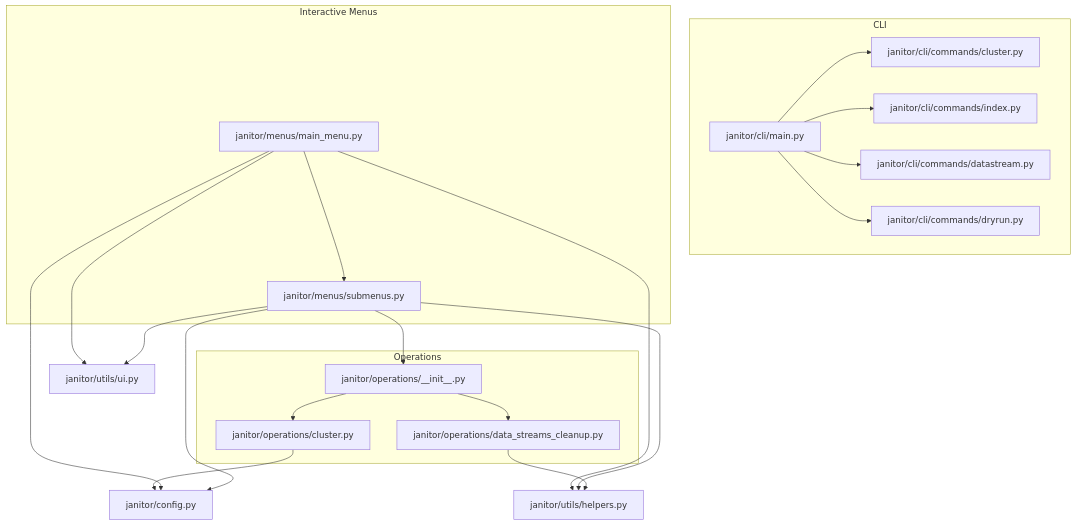
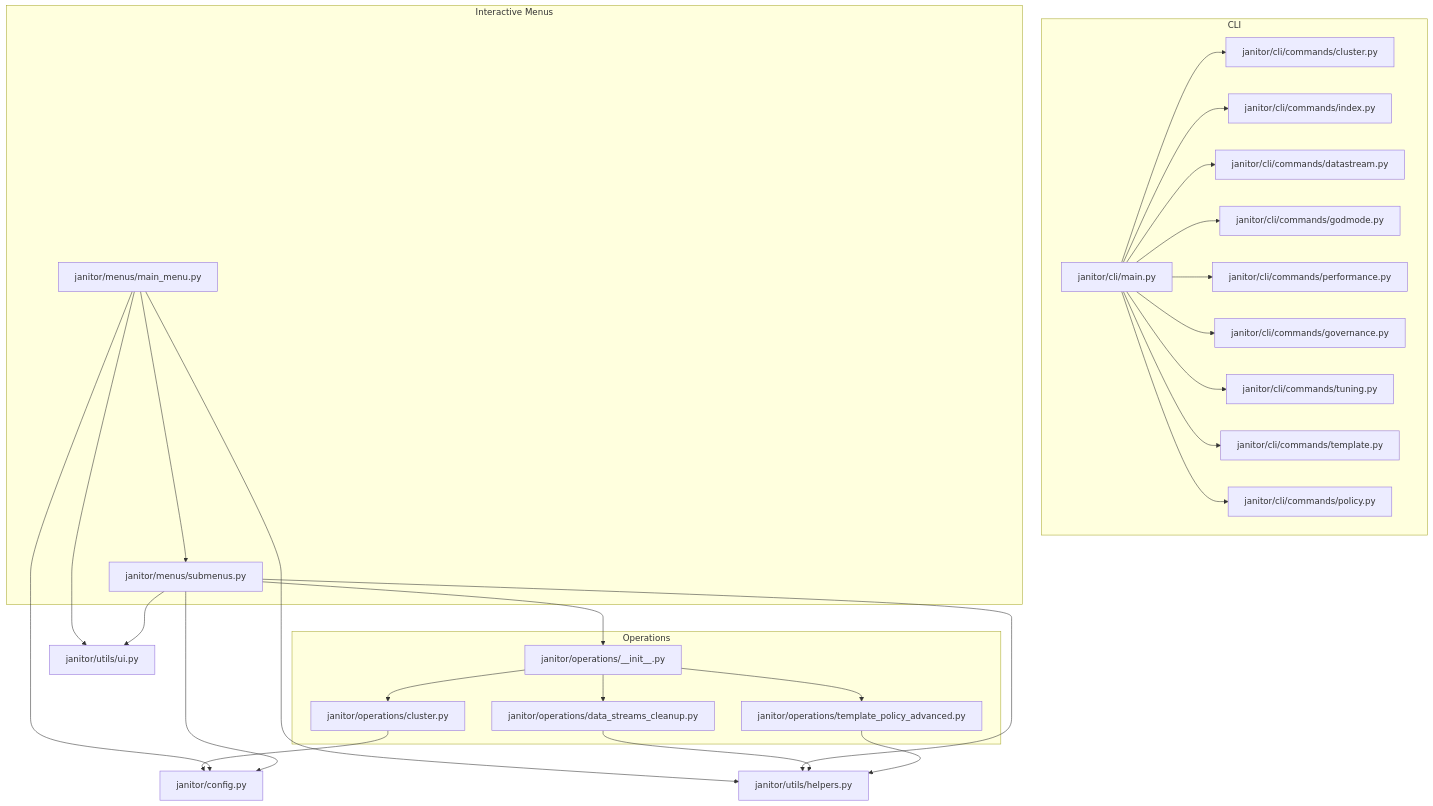
One commit to austinsonger/elastic-janitor changed the first of 7 diagrams in .qoder/repowiki/en/content/User Interface Guide/User Interface Guide.md. Above: the diagram before and after it, drawn with Mermaid. The commit also changed other lines of this file and 51 other files, not shown here.

````diff
--- a/.qoder/repowiki/en/content/User Interface Guide/User Interface Guide.md
+++ b/.qoder/repowiki/en/content/User Interface Guide/User Interface Guide.md
@@ -51,38 +57,51 @@
 ```mermaid
 graph TB
 subgraph "CLI"
 CLI_Main["janitor/cli/main.py"]
 CLI_Cluster["janitor/cli/commands/cluster.py"]
 CLI_Index["janitor/cli/commands/index.py"]
 CLI_Datastream["janitor/cli/commands/datastream.py"]
-CLI_Dryrun["janitor/cli/commands/dryrun.py"]
+CLI_Godmode["janitor/cli/commands/godmode.py"]
+CLI_Perf["janitor/cli/commands/performance.py"]
+CLI_Governance["janitor/cli/commands/governance.py"]
+CLI_Tuning["janitor/cli/commands/tuning.py"]
+CLI_Template["janitor/cli/commands/template.py"]
+CLI_Policy["janitor/cli/commands/policy.py"]
 end
 subgraph "Interactive Menus"
 MM["janitor/menus/main_menu.py"]
 SM["janitor/menus/submenus.py"]
 end
 subgraph "Operations"
 Ops_Init["janitor/operations/__init__.py"]
 Ops_Cluster["janitor/operations/cluster.py"]
 Ops_DS_Clean["janitor/operations/data_streams_cleanup.py"]
+Ops_Template_Policy["janitor/operations/template_policy_advanced.py"]
 end
 UI_Utils["janitor/utils/ui.py"]
 Helpers["janitor/utils/helpers.py"]
 Config["janitor/config.py"]
 CLI_Main --> CLI_Cluster
 CLI_Main --> CLI_Index
 CLI_Main --> CLI_Datastream
-CLI_Main --> CLI_Dryrun
+CLI_Main --> CLI_Godmode
+CLI_Main --> CLI_Perf
+CLI_Main --> CLI_Governance
+CLI_Main --> CLI_Tuning
+CLI_Main --> CLI_Template
+CLI_Main --> CLI_Policy
 MM --> SM
 SM --> Ops_Init
 Ops_Init --> Ops_Cluster
 Ops_Init --> Ops_DS_Clean
+Ops_Init --> Ops_Template_Policy
 MM --> UI_Utils
 SM --> UI_Utils
 MM --> Helpers
 SM --> Helpers
 Ops_DS_Clean --> Helpers
+Ops_Template_Policy --> Helpers
 Ops_Cluster --> Config
 MM --> Config
 SM --> Config
 ```
````
